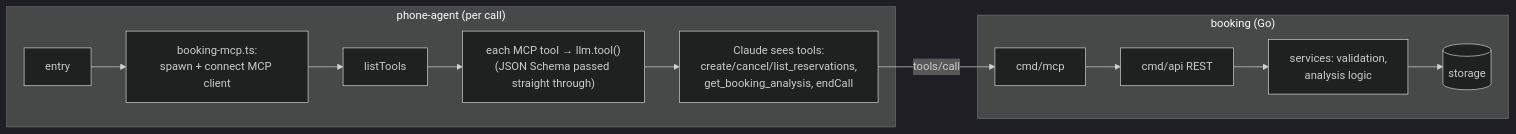
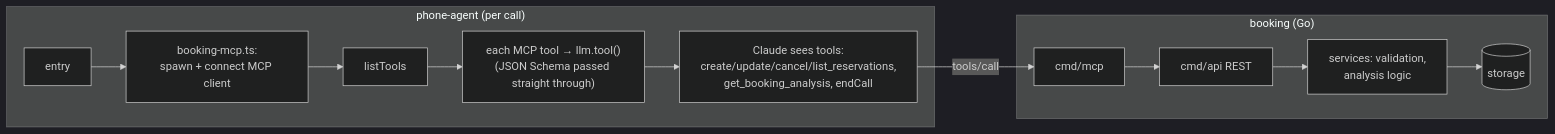
The fifth of 5 diagrams in diagram.md (nomankhokhar/SyncDesk-AI-Agent), drawn with Mermaid (dark theme) before and after one commit. The commit also changed other lines of this file and 77 other files, not shown here.

````diff
--- a/diagram.md
+++ b/diagram.md
@@ -153,15 +153,15 @@
 ```mermaid
 flowchart LR
     subgraph Node["phone-agent (per call)"]
         E[entry] --> BM[booking-mcp.ts:<br/>spawn + connect MCP client]
         BM --> LT[listTools]
         LT --> Reg["each MCP tool → llm.tool()<br/>(JSON Schema passed straight through)"]
-        Reg --> Claude[Claude sees tools:<br/>create/cancel/list_reservations,<br/>get_booking_analysis, endCall]
+        Reg --> Claude[Claude sees tools:<br/>create/update/cancel/list_reservations,<br/>get_booking_analysis, endCall]
     end
     subgraph Go["booking (Go)"]
         MCPS[cmd/mcp] --> REST[cmd/api REST]
         REST --> SVC[services: validation,<br/>analysis logic]
         SVC --> ST[(storage)]
     end
     Claude -->|tools/call| MCPS
 ```
````
